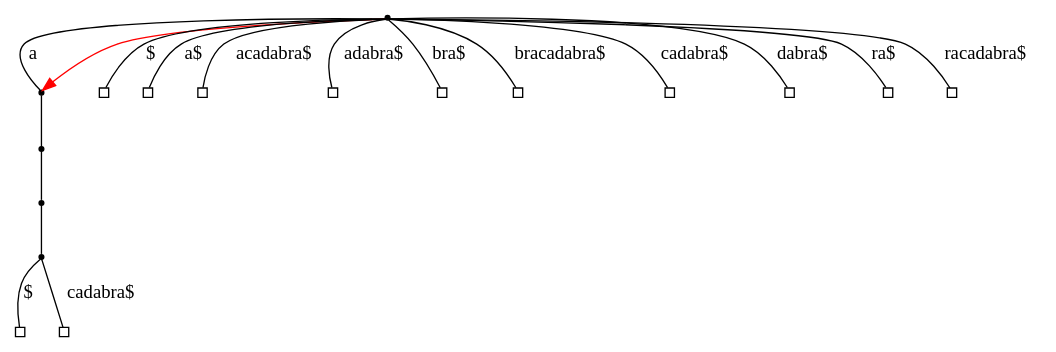
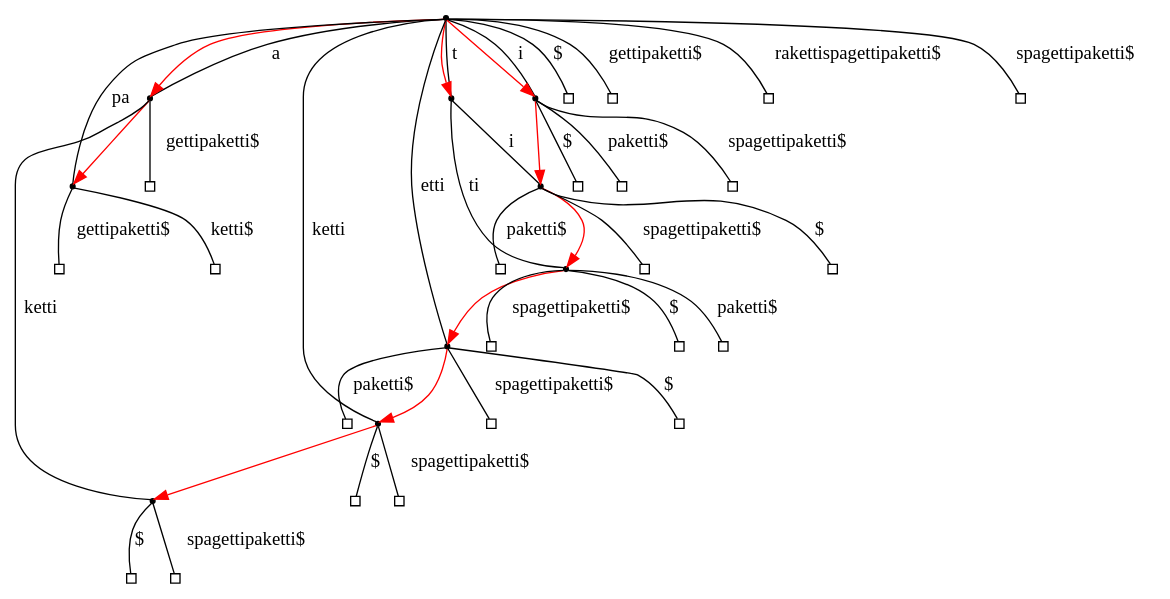
The diagram in src/draw_trees/suffix_tree.gv (Sobih/BW4SA), drawn with Graphviz before and after one commit. The commit also changed 3 other files, not shown here.

```diff
--- a/src/draw_trees/suffix_tree.gv
+++ b/src/draw_trees/suffix_tree.gv
@@ -1,27 +1,51 @@
 //This is a suffix tree generated by Glfbabot-BWT library
 digraph suffixtree{
 	edge [arrowhead="none", color="black"];
 	node [label="", shape="point"];
 	//arcs leading to the internal nodes of the suffix tree:
 	node0->node1 	[label="a "];
-	node1->node2 	[label=""];
-	node2->node3 	[label=""];
-	node3->node4 	[label=""];
+	node0->node2 	[label="i "];
+	node0->node3 	[label="t "];
+	node0->node6 	[label="etti "];
+	node0->node7 	[label="ketti "];
+	node0->node9 	[label="pa "];
+	node3->node4 	[label="i "];
+	node3->node5 	[label="ti "];
+	node1->node8 	[label="ketti "];
 	//arcs leading to the leaves of the suffix tree:
 	node [label="", shape="square", width=0.1];
-	node4->leafnode2 [label="$"];
-	node4->leafnode3 [label="cadabra$"];
+	node8->leafnode2 [label="$"];
+	node8->leafnode3 [label="spagettipaketti$"];
+	node5->leafnode20 [label="$"];
+	node5->leafnode21 [label="paketti$"];
+	node5->leafnode22 [label="spagettipaketti$"];
+	node4->leafnode17 [label="$"];
+	node4->leafnode18 [label="paketti$"];
+	node4->leafnode19 [label="spagettipaketti$"];
+	node9->leafnode13 [label="gettipaketti$"];
+	node9->leafnode14 [label="ketti$"];
+	node7->leafnode11 [label="$"];
+	node7->leafnode12 [label="spagettipaketti$"];
+	node6->leafnode4 [label="$"];
+	node6->leafnode5 [label="paketti$"];
+	node6->leafnode6 [label="spagettipaketti$"];
+	node2->leafnode8 [label="$"];
+	node2->leafnode9 [label="paketti$"];
+	node2->leafnode10 [label="spagettipaketti$"];
+	node1->leafnode1 [label="gettipaketti$"];
 	node0->leafnode0 [label="$"];
-	node0->leafnode1 [label="a$"];
-	node0->leafnode4 [label="acadabra$"];
-	node0->leafnode5 [label="adabra$"];
-	node0->leafnode6 [label="bra$"];
-	node0->leafnode7 [label="bracadabra$"];
-	node0->leafnode8 [label="cadabra$"];
-	node0->leafnode9 [label="dabra$"];
-	node0->leafnode10 [label="ra$"];
-	node0->leafnode11 [label="racadabra$"];
+	node0->leafnode7 [label="gettipaketti$"];
+	node0->leafnode15 [label="rakettispagettipaketti$"];
+	node0->leafnode16 [label="spagettipaketti$"];
 	//Weiner links:
 	edge [color="red", arrowhead="normal"];
 	node0->node1;
+	node0->node2;
+	node0->node3;
+	node5->node6;
+	node6->node7;
+	node1->node9;
+	node2->node4;
+	node4->node5;
+	node7->node8;
 }
```
